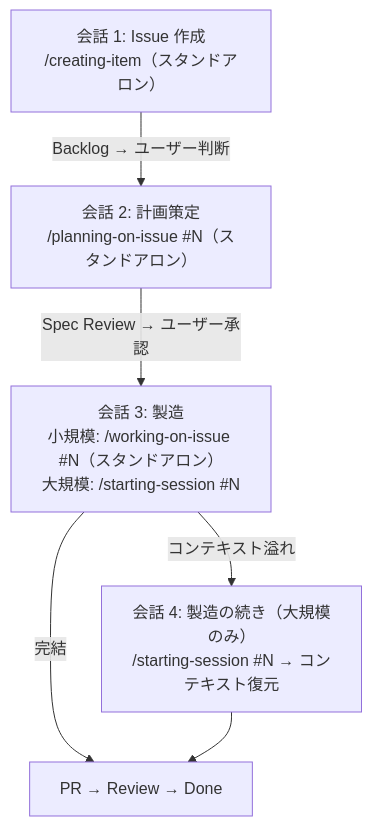
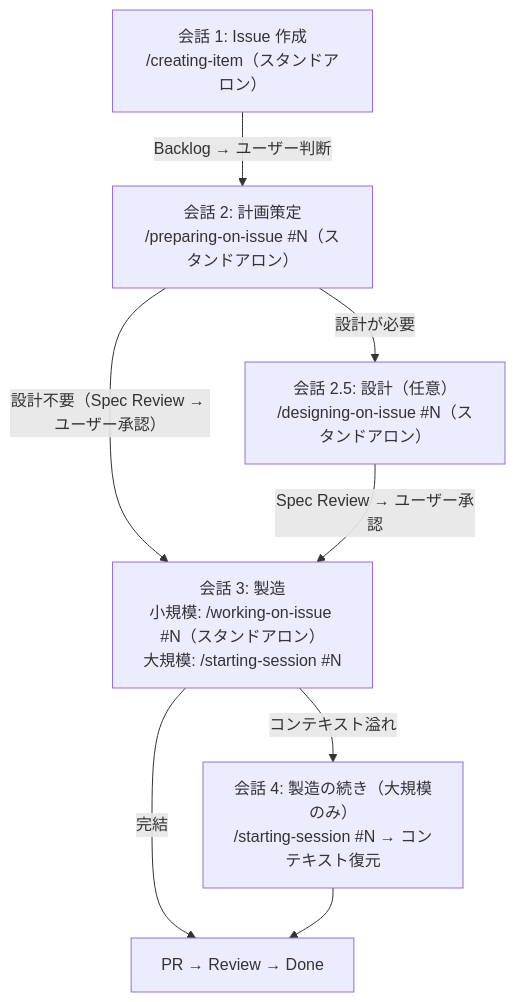
Before and after one commit to ShirokumaLibrary/shirokuma-plugins: the second of 3 diagrams in shirokuma-skills-ja/rules/best-practices-first.md, drawn with Mermaid. The commit also changed other lines of this file and 89 other files, not shown here.

````diff
--- a/shirokuma-skills-ja/rules/best-practices-first.md
+++ b/shirokuma-skills-ja/rules/best-practices-first.md
@@ -16,13 +39,16 @@
 ```mermaid
 graph TD
     C1["会話 1: Issue 作成<br/>/creating-item（スタンドアロン）"]
-    C2["会話 2: 計画策定<br/>/planning-on-issue #N（スタンドアロン）"]
+    C2["会話 2: 計画策定<br/>/preparing-on-issue #N（スタンドアロン）"]
+    C2D["会話 2.5: 設計（任意）<br/>/designing-on-issue #N（スタンドアロン）"]
     C3["会話 3: 製造<br/>小規模: /working-on-issue #N（スタンドアロン）<br/>大規模: /starting-session #N"]
     C4["会話 4: 製造の続き（大規模のみ）<br/>/starting-session #N → コンテキスト復元"]
 
     C1 -->|"Backlog → ユーザー判断"| C2
-    C2 -->|"Spec Review → ユーザー承認"| C3
+    C2 -->|"設計が必要"| C2D
+    C2 -->|"設計不要（Spec Review → ユーザー承認）"| C3
+    C2D -->|"Spec Review → ユーザー承認"| C3
     C3 -->|"コンテキスト溢れ"| C4
     C3 -->|"完結"| Done["PR → Review → Done"]
     C4 --> Done
 ```
````
